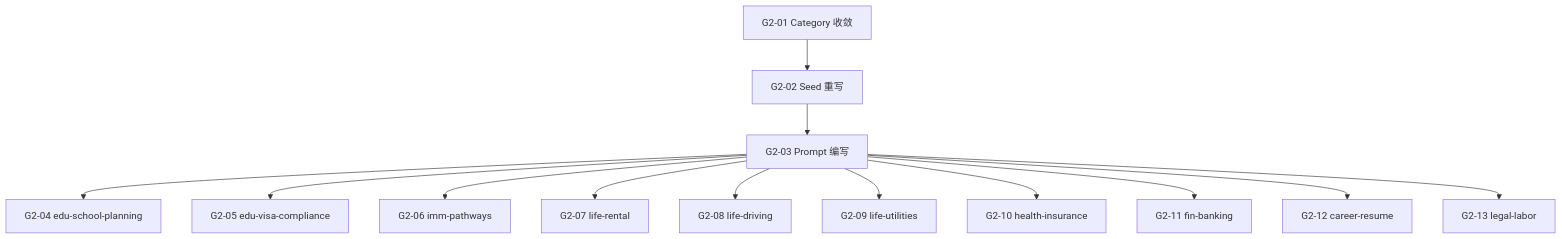
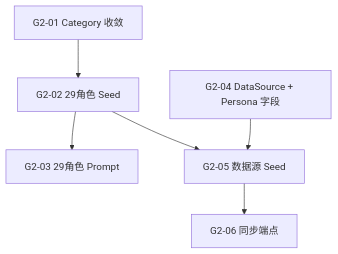
The diagram in .agent/workflows/rag-dev-v3/roadmap/31-sprint-g2-canada-p0.md (zhizhunbao/textbook-rag), drawn with Mermaid before and after one commit. The commit also changed other lines of this file and 21 other files, not shown here.

First line of the commit message:
feat: G2 persona seeds + eval fixes + sprint G5/G6 roadmap

````diff
--- a/.agent/workflows/rag-dev-v3/roadmap/31-sprint-g2-canada-p0.md
+++ b/.agent/workflows/rag-dev-v3/roadmap/31-sprint-g2-canada-p0.md
@@ -306,15 +369,8 @@
 ```mermaid
 graph TD
-    G201["G2-01 Category 收敛"] --> G202["G2-02 Seed 重写"]
-    G202 --> G203["G2-03 Prompt 编写"]
-    G203 --> G204["G2-04 edu-school-planning"]
-    G203 --> G205["G2-05 edu-visa-compliance"]
-    G203 --> G206["G2-06 imm-pathways"]
-    G203 --> G207["G2-07 life-rental"]
-    G203 --> G208["G2-08 life-driving"]
-    G203 --> G209["G2-09 life-utilities"]
-    G203 --> G210["G2-10 health-insurance"]
-    G203 --> G211["G2-11 fin-banking"]
-    G203 --> G212["G2-12 career-resume"]
-    G203 --> G213["G2-13 legal-labor"]
+    G201["G2-01 Category 收敛"] --> G202["G2-02 29角色 Seed"]
+    G202 --> G203["G2-03 29角色 Prompt"]
+    G204["G2-04 DataSource + Persona 字段"] --> G205["G2-05 数据源 Seed"]
+    G202 --> G205
+    G205 --> G206["G2-06 同步端点"]
 ```
````
